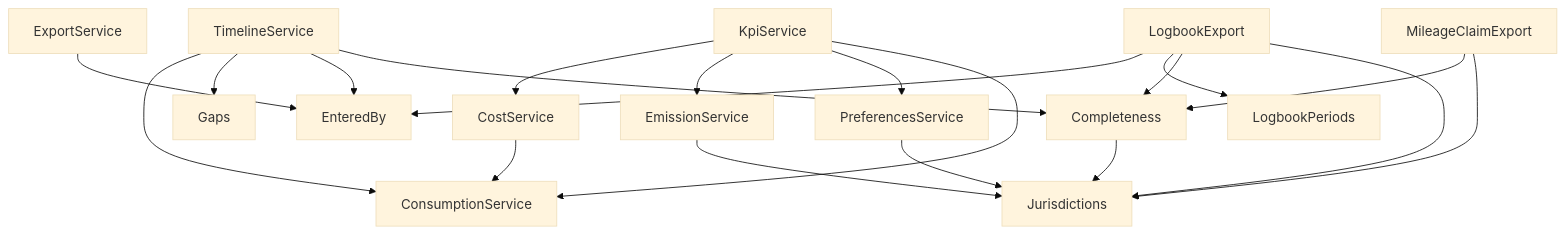
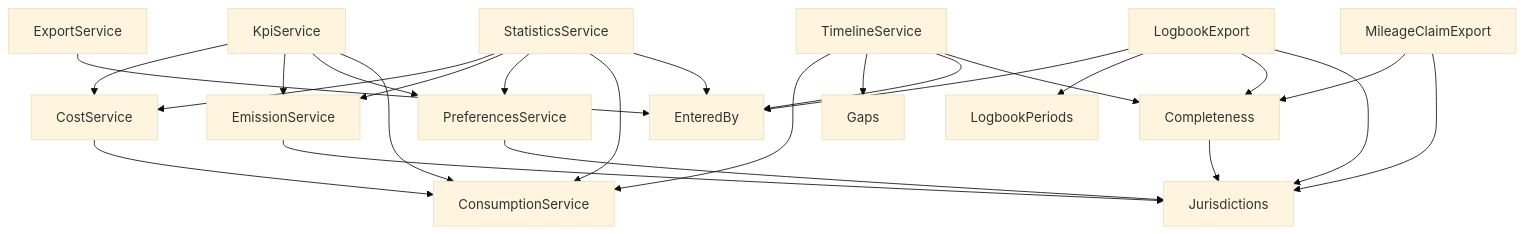
The fourth of 11 diagrams in docs/design/components.md (typical42/next-fleet), drawn with Mermaid (base theme) before and after one commit. The commit also changed other lines of this file and 177 other files, not shown here.

````diff
--- a/docs/design/components.md
+++ b/docs/design/components.md
@@ -123,24 +123,26 @@
 ```mermaid
 flowchart TB
     Kpi["KpiService"]
+    Statistics["StatisticsService"]
     Timeline["TimelineService"]
     Export["ExportService"]
     Logbook["LogbookExport"]
     Claim["MileageClaimExport"]
     Cost["CostService"]
     Emission["EmissionService"]
     Preferences["PreferencesService"]
     Consumption["ConsumptionService"]
     Gaps["Gaps"]
     EnteredBy["EnteredBy"]
     Periods["LogbookPeriods"]
     Completeness["Completeness"]
     Jurisdictions["Jurisdictions"]
     Kpi --> Cost & Emission & Preferences & Consumption
+    Statistics --> Cost & Emission & Preferences & Consumption & EnteredBy
     Cost --> Consumption
     Timeline --> Consumption & Gaps & EnteredBy & Completeness
     Export --> EnteredBy
     Logbook --> EnteredBy & Periods & Completeness & Jurisdictions
     Claim --> Completeness & Jurisdictions
     Emission & Preferences & Completeness --> Jurisdictions
 ```
````
